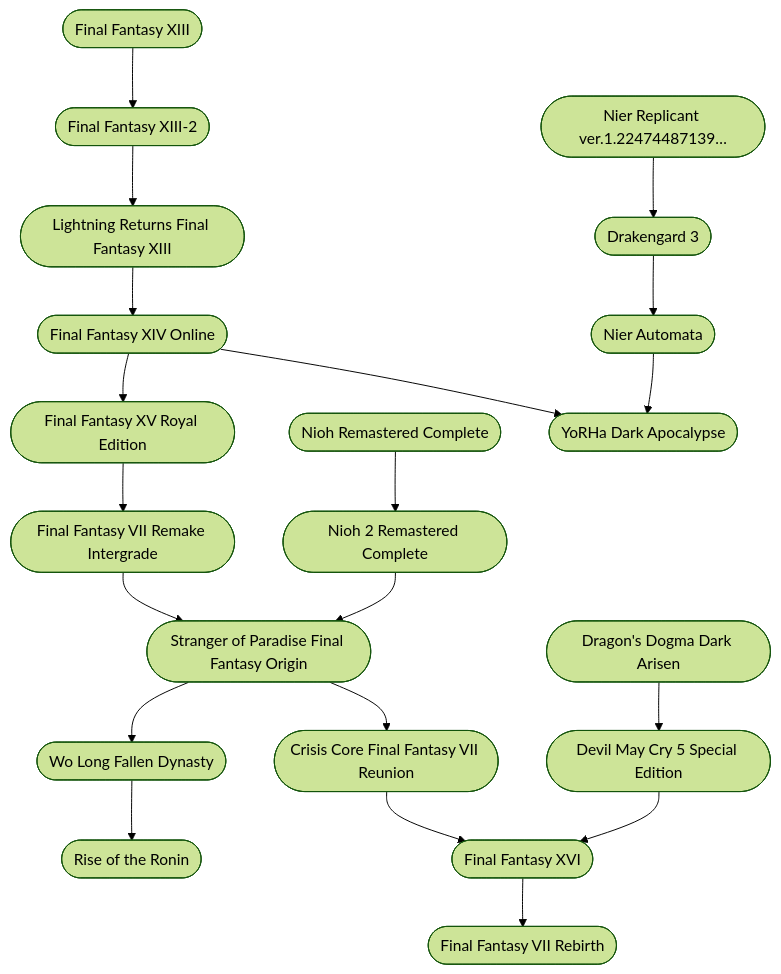
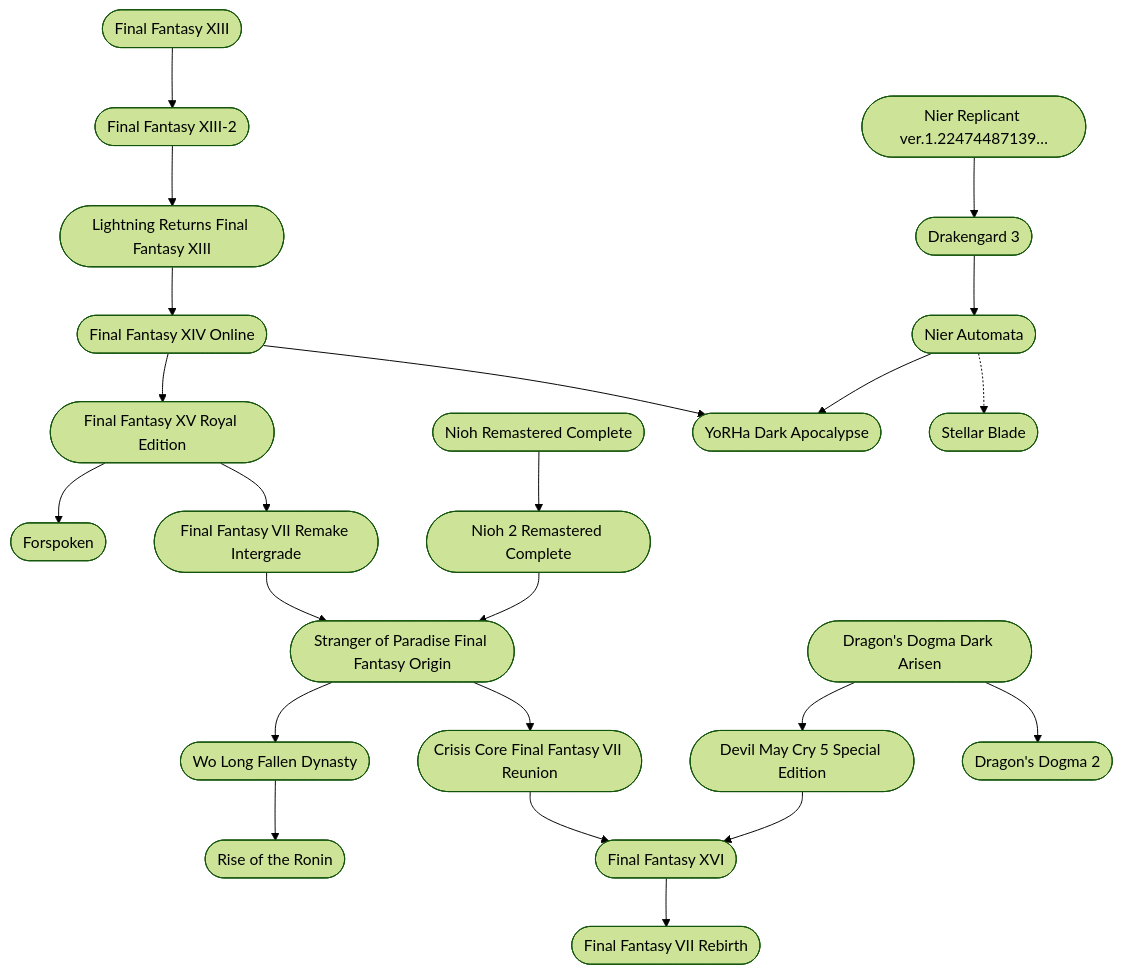
The diagram in collections/playlists/Fantasy Action.md (steinea/obsidian-vault), drawn with Mermaid (forest theme) before and after one commit. The commit also changed other lines of this file and 38 other files, not shown here.

````diff
--- a/collections/playlists/Fantasy Action.md
+++ b/collections/playlists/Fantasy Action.md
@@ -48,42 +42,52 @@
 ```mermaid
 flowchart TD;
 
 FFXIII(["Final Fantasy XIII"])
 FFXIII2(["Final Fantasy XIII-2"])
 LRFFXIII(["Lightning Returns Final Fantasy XIII"])
 
 FFXIVO(["Final Fantasy XIV Online"])
 FFXVRE(["Final Fantasy XV Royal Edition"]) 
+FRSPKN(["Forspoken"])
 
 FFVIIRI(["Final Fantasy VII Remake Intergrade"])
 CCFFVIIR(["Crisis Core Final Fantasy VII Reunion"])
 FFVIIR(["Final Fantasy VII Rebirth"])
 
 NIOH(["Nioh Remastered Complete"])
 NIOH2(["Nioh 2 Remastered Complete"])
 SOPFFO(["Stranger of Paradise Final Fantasy Origin"])
 WLFD(["Wo Long Fallen Dynasty"])
 ROTR(["Rise of the Ronin"])
 
 DDDA(["Dragon's Dogma Dark Arisen"])
 DMC5SE(["Devil May Cry 5 Special Edition"])
 FFXVI(["Final Fantasy XVI"])
+DD2(["Dragon's Dogma 2"])
 
 NIERRV(["Nier Replicant ver.1.22474487139…"])
 DG3(["Drakengard 3"])
 NIERA(["Nier Automata"])
 YORHADA(["YoRHa Dark Apocalypse"])
+
+STELLAR(["Stellar Blade"])
 
 FFXIII --> FFXIII2 --> LRFFXIII --> FFXIVO --> FFXVRE --> FFVIIRI --> SOPFFO --> CCFFVIIR --> FFXVI --> FFVIIR
 
 NIOH --> NIOH2 --> SOPFFO --> WLFD --> ROTR
 
 DDDA --> DMC5SE --> FFXVI
 
+DDDA --> DD2
+
 FFXIVO --> YORHADA
 
 NIERRV --> DG3 --> NIERA --> YORHADA
 
-class FFXIII,FFXIII2,LRFFXIII,FFXVRE,FFVIIRI,CCFFVIIR,NIOH,NIOH2,SOPFFO,WLFD,DDDA,DMC5SE,FFXVI,FFVIIR,ROTR,FFXIVO,DG3,NIERRV,NIERA,YORHADA internal-link;
+FFXVRE --> FRSPKN
+
+NIERA -.-> STELLAR
+
+class FFXIII,FFXIII2,LRFFXIII,FFXVRE,FFVIIRI,CCFFVIIR,NIOH,NIOH2,SOPFFO,WLFD,DDDA,DMC5SE,FFXVI,FFVIIR,ROTR,FFXIVO,DG3,NIERRV,NIERA,YORHADA,DD2,FRSPKN,STELLAR internal-link;
 
 ```
````
